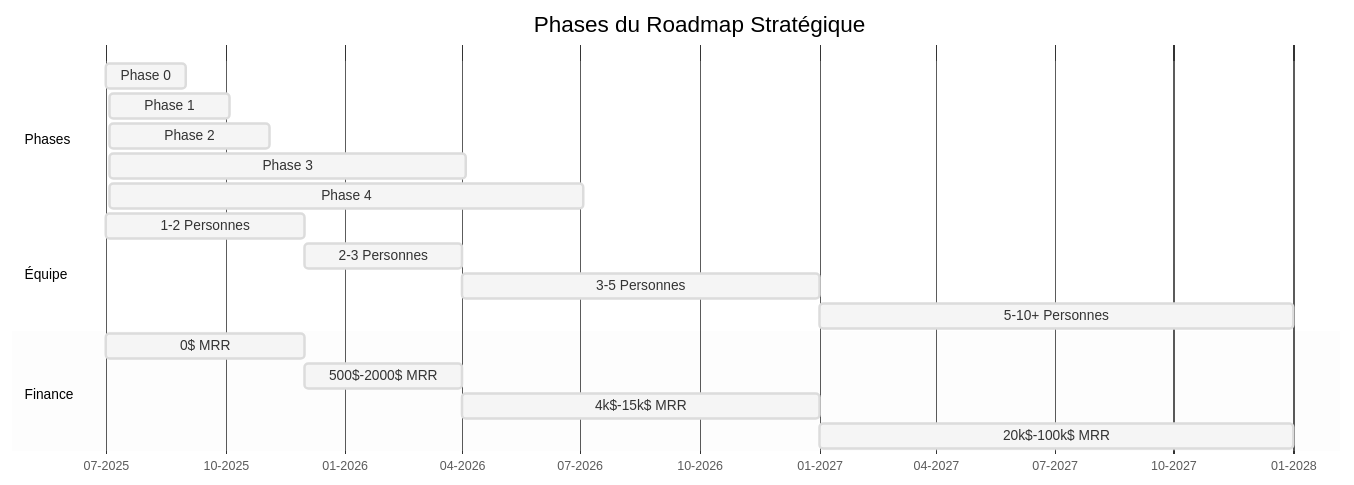
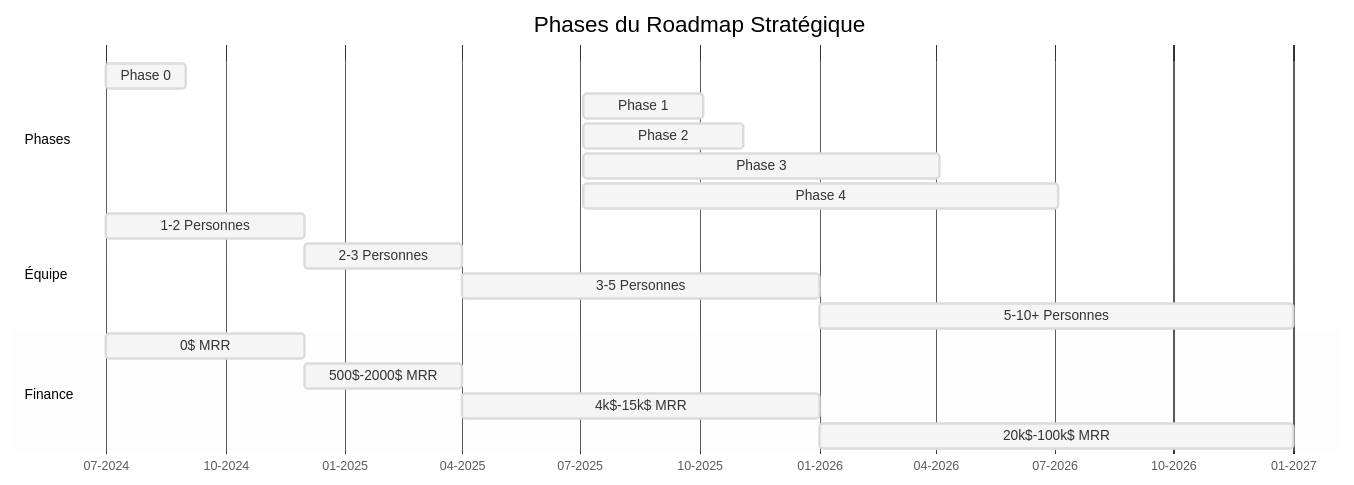
Before and after one commit to MacroMan5/project_a3e_beta: the first of 9 diagrams in project/8_implementation_roadmap/ROADMAP_STRATEGIQUE_BOOTSTRAP.md, drawn with Mermaid. The commit also changed other lines of this file and 16 other files, not shown here.

````diff
--- a/project/8_implementation_roadmap/ROADMAP_STRATEGIQUE_BOOTSTRAP.md
+++ b/project/8_implementation_roadmap/ROADMAP_STRATEGIQUE_BOOTSTRAP.md
@@ -18,26 +18,26 @@
 ```mermaid
 %%{init: {'theme': 'base', 'themeVariables': { 'primaryColor': '#f5f5f5', 'lineColor': '#999', 'fontFamily': 'Roboto, sans-serif'}}}%%
 gantt
     title Phases du Roadmap Stratégique
     dateFormat  MM-YYYY
     axisFormat  %m-%Y
     
     section Phases
-    Phase 0: Validation Lean       :p0, 07-2025, 2M
+    Phase 0: Validation Lean       :p0, 07-2024, 2M
     Phase 1: MVP Ultra-Minimal     :p1, after p0, 3M
     Phase 2: Premiers Revenus      :p2, after p1, 4M
     Phase 3: Croissance Organique  :p3, after p2, 9M
     Phase 4: Financement Stratégique :p4, after p3, 12M
     
     section Équipe
-    1-2 Personnes      :e1, 07-2025, 5M
+    1-2 Personnes      :e1, 07-2024, 5M
     2-3 Personnes      :e2, after e1, 4M
     3-5 Personnes      :e3, after e2, 9M
     5-10+ Personnes    :e4, after e3, 12M
     
     section Finance
-    0$ MRR        :f1, 07-2025, 5M
+    0$ MRR        :f1, 07-2024, 5M
     500$-2000$ MRR :f2, after f1, 4M
     4k$-15k$ MRR  :f3, after f2, 9M
     20k$-100k$ MRR :f4, after f3, 12M
 ```
````
